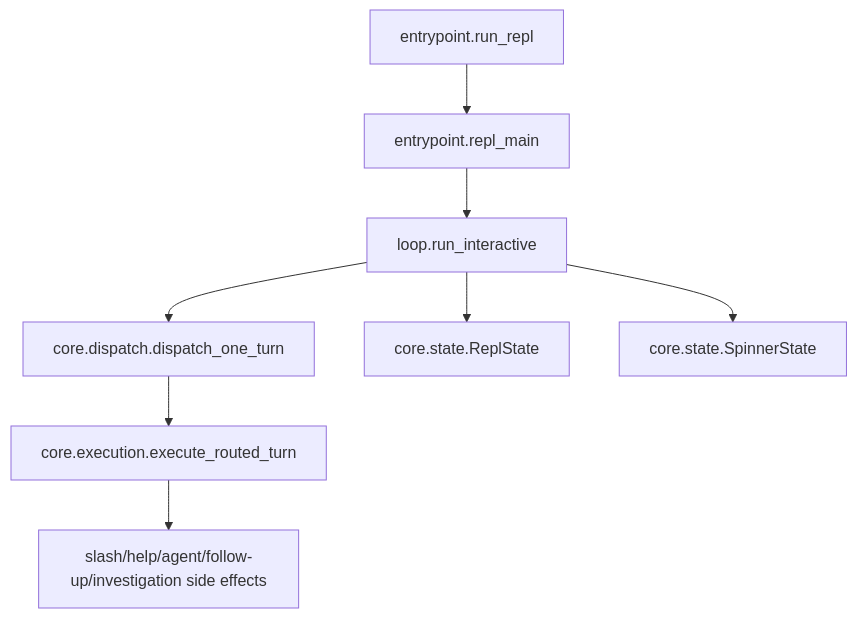
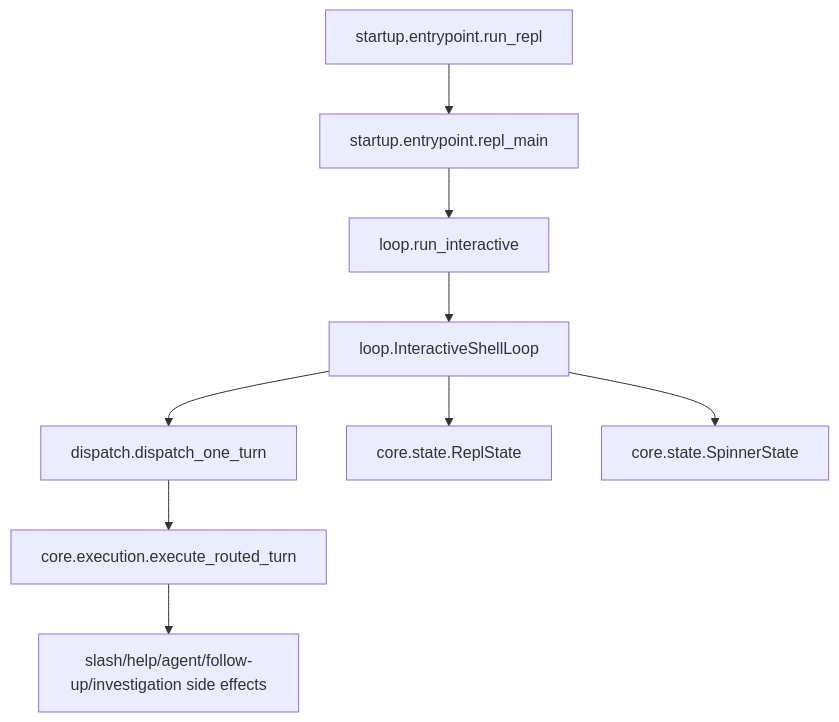
Before and after one commit to Tracer-Cloud/open-sre-agent: the diagram in interactive_shell/runtime/AGENTS.md, drawn with Mermaid. The commit also changed other lines of this file and 54 other files, not shown here.

````diff
--- a/interactive_shell/runtime/AGENTS.md
+++ b/interactive_shell/runtime/AGENTS.md
@@ -55,10 +76,11 @@
 ```mermaid
 flowchart TD
-  runRepl["entrypoint.run_repl"] --> replMain["entrypoint.repl_main"]
+  runRepl["startup.entrypoint.run_repl"] --> replMain["startup.entrypoint.repl_main"]
   replMain --> runInteractive["loop.run_interactive"]
-  runInteractive --> dispatchTurn["core.dispatch.dispatch_one_turn"]
+  runInteractive --> shellLoop["loop.InteractiveShellLoop"]
+  shellLoop --> dispatchTurn["dispatch.dispatch_one_turn"]
   dispatchTurn --> executeTurn["core.execution.execute_routed_turn"]
   executeTurn --> sideEffects["slash/help/agent/follow-up/investigation side effects"]
-  runInteractive --> replState["core.state.ReplState"]
-  runInteractive --> spinnerState["core.state.SpinnerState"]
+  shellLoop --> replState["core.state.ReplState"]
+  shellLoop --> spinnerState["core.state.SpinnerState"]
 ```
````
